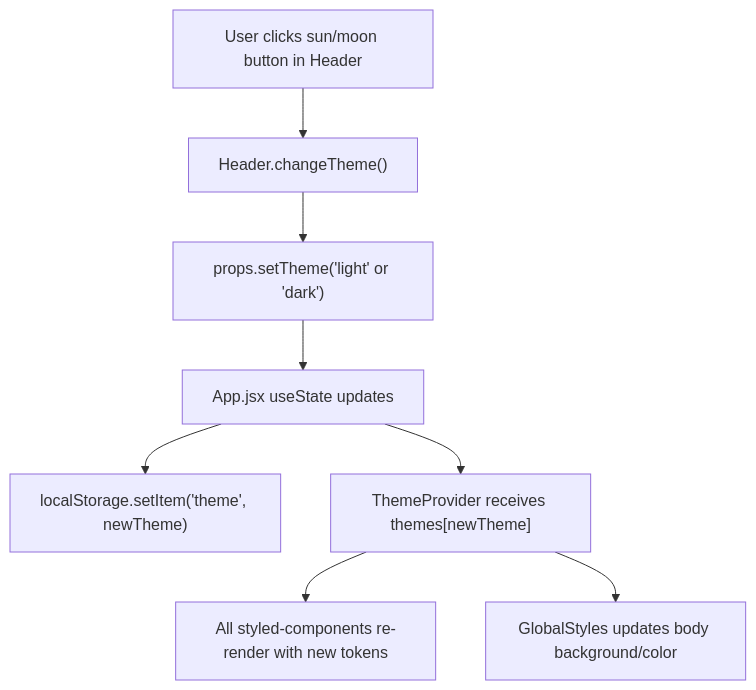
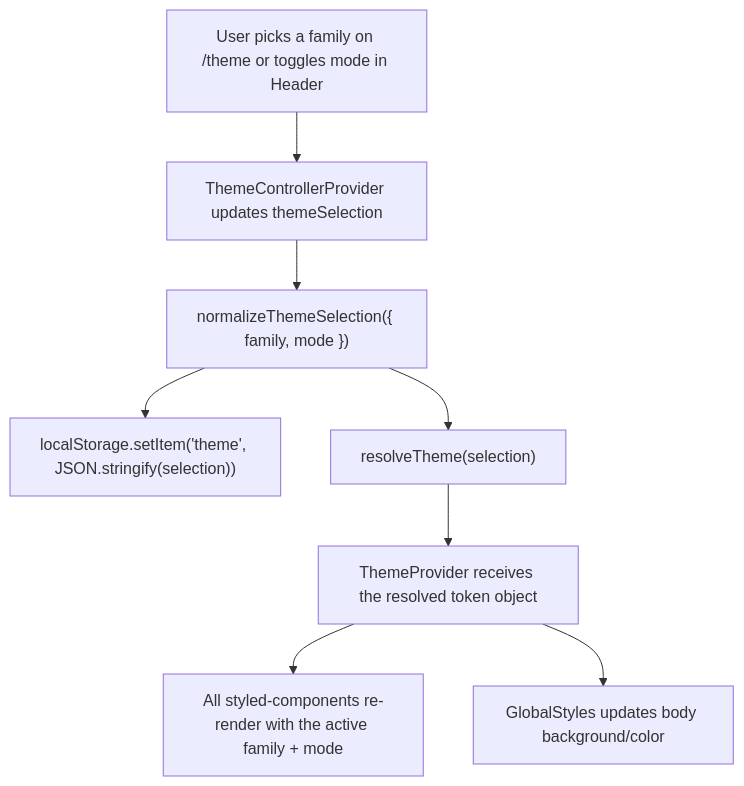
Before and after one commit to pypi-ahmad/pypi-ahmad.github.io: the third of 5 diagrams in README.md, drawn with Mermaid. The commit also changed other lines of this file, not shown here.

````diff
--- a/README.md
+++ b/README.md
@@ -278,10 +280,10 @@
 ```mermaid
 flowchart TD
-    A["User clicks sun/moon button in Header"] --> B["Header.changeTheme()"]
-    B --> C["props.setTheme('light' or 'dark')"]
-    C --> D["App.jsx useState updates"]
-    D --> E["localStorage.setItem('theme', newTheme)"]
-    D --> F["ThemeProvider receives themes[newTheme]"]
-    F --> G["All styled-components re-render with new tokens"]
+    A["User picks a family on /theme or toggles mode in Header"] --> B["ThemeControllerProvider updates themeSelection"]
+    B --> C["normalizeThemeSelection({ family, mode })"]
+    C --> D["localStorage.setItem('theme', JSON.stringify(selection))"]
+    C --> E["resolveTheme(selection)"]
+    E --> F["ThemeProvider receives the resolved token object"]
+    F --> G["All styled-components re-render with the active family + mode"]
     F --> H["GlobalStyles updates body background/color"]
 ```
````
